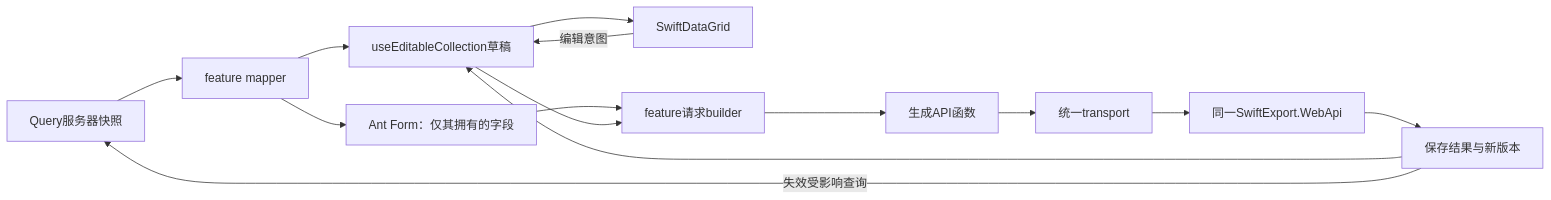
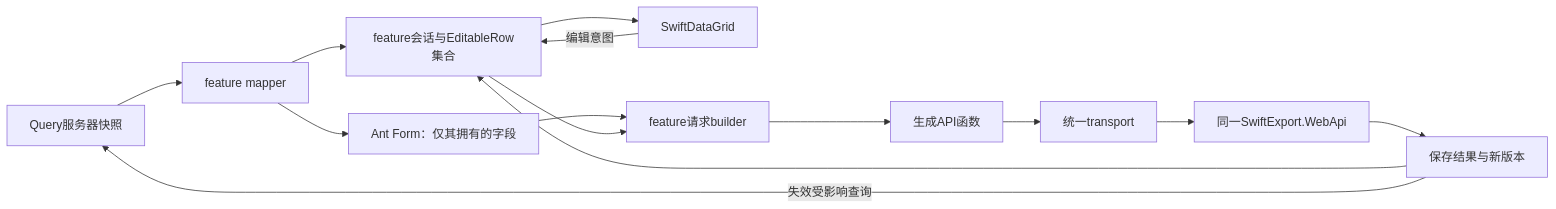
One commit to yanwei175/SwiftExport changed the diagram in docs/web-frontend-architecture.md. Above: the diagram before and after it, drawn with Mermaid. The commit also changed other lines of this file and 120 other files, not shown here.

````diff
--- a/docs/web-frontend-architecture.md
+++ b/docs/web-frontend-architecture.md
@@ -64,16 +66,16 @@
 ```mermaid
 flowchart LR
   Q[Query服务器快照] --> M[feature mapper]
-  M --> E[useEditableCollection草稿]
+  M --> E[feature会话与EditableRow集合]
   E --> G[SwiftDataGrid]
   M --> F[Ant Form：仅其拥有的字段]
   F --> B
   G -->|编辑意图| E
   E --> B[feature请求builder]
   B --> C[生成API函数]
   C --> T[统一transport]
   T --> A[同一SwiftExport.WebApi]
   A --> R[保存结果与新版本]
   R --> E
   R -->|失效受影响查询| Q
 ```
````
